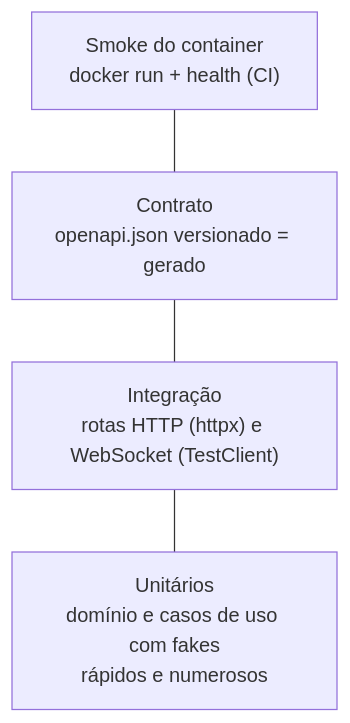
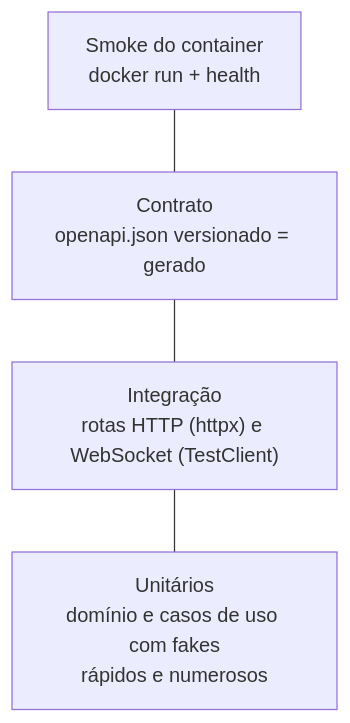
One commit to oseasmoreto/bot-chat changed the second of 2 diagrams in backend/docs/09-testes.md. Above: the diagram before and after it, drawn with Mermaid. The commit also changed other lines of this file and 48 other files, not shown here.

````diff
--- a/backend/docs/09-testes.md
+++ b/backend/docs/09-testes.md
@@ -16,8 +16,8 @@
 ```mermaid
 flowchart TB
-    smoke["Smoke do container<br/>docker run + health (CI)"]
+    smoke["Smoke do container<br/>docker run + health"]
     contract["Contrato<br/>openapi.json versionado = gerado"]
     integ["Integração<br/>rotas HTTP (httpx) e WebSocket (TestClient)"]
     unit["Unitários<br/>domínio e casos de uso com fakes<br/>rápidos e numerosos"]
     smoke --- contract --- integ --- unit
 ```
````
